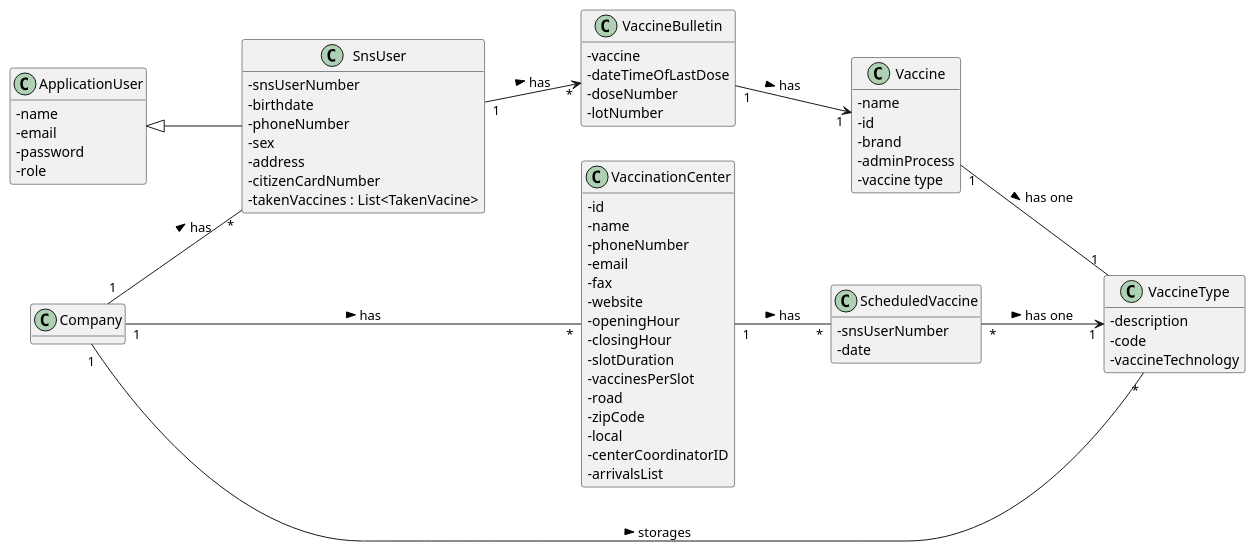
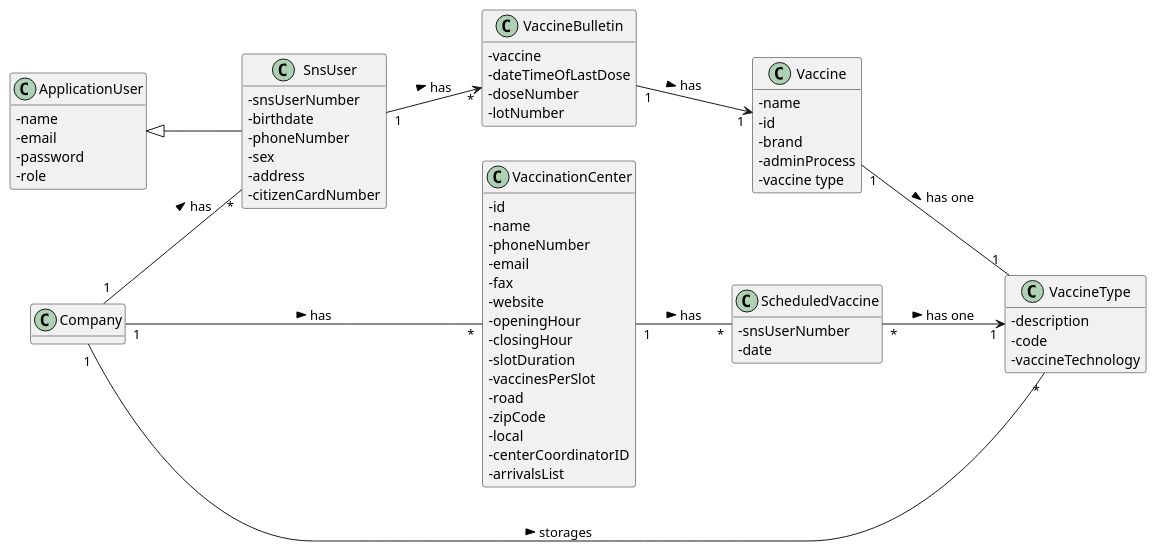
Before and after one commit to Pirussa/lei-22-s2-1da-g02: the diagram in docs/SprintD/US008/US008_MD.puml, drawn with PlantUML. The commit also changed 8 other files, not shown here.

```diff
--- a/docs/SprintD/US008/US008_MD.puml
+++ b/docs/SprintD/US008/US008_MD.puml
@@ -1,88 +1,87 @@
   @startuml
 
 hide methods
 left to right direction
 skinparam classAttributeIconSize 0
 
 
 class SnsUser {
 -snsUserNumber
 -birthdate
 -phoneNumber
 -sex
 -address
 -citizenCardNumber
--takenVaccines : List<TakenVacine>
 }
 
 class VaccineBulletin {
 -vaccine
 -dateTimeOfLastDose
 -doseNumber
 -lotNumber
 }
 
 class VaccineType {
 -description
 -code
 -vaccineTechnology
 }
 
 class Vaccine {
 -name
 -id
 -brand
 -adminProcess
 -vaccine type
 }
 
 class ApplicationUser {
 -name
 -email
 -password
 -role
 }
 
 class ScheduledVaccine {
 -snsUserNumber
 -date
 }
 
 class VaccinationCenter {
 -id
 -name
 -phoneNumber
 -email
 -fax
 -website
 -openingHour
 -closingHour
 -slotDuration
 -vaccinesPerSlot
 -road
 -zipCode
 -local
 -centerCoordinatorID
 -arrivalsList
 }
 
 SnsUser "1" --> "*" VaccineBulletin: has >
 
 VaccineBulletin "1" --> "1" Vaccine: has >
 
 ApplicationUser  <|-- SnsUser
 
 ScheduledVaccine "*" --> "1" VaccineType: has one  >
 
 Company "1" -- "*" SnsUser : has >
 
 Company "1" --- "*" VaccinationCenter : has >
 
 Company "1" -- "*" VaccineType : storages >
 
 VaccinationCenter "1" -- "*" ScheduledVaccine : has >
 
 Vaccine "1" -- "1" VaccineType : has one >
 
 
 @enduml
```
